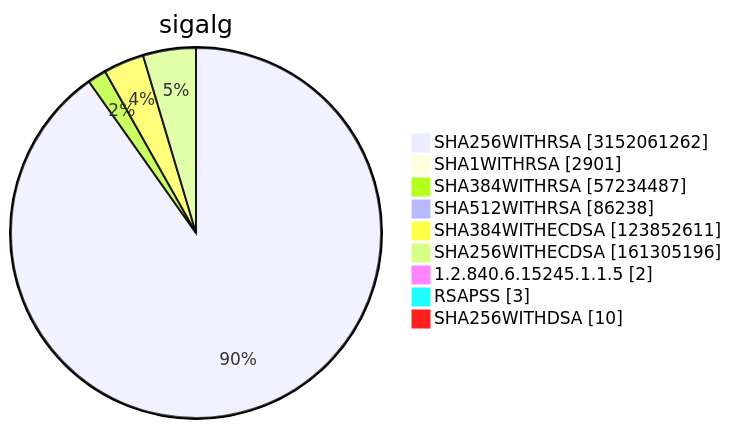
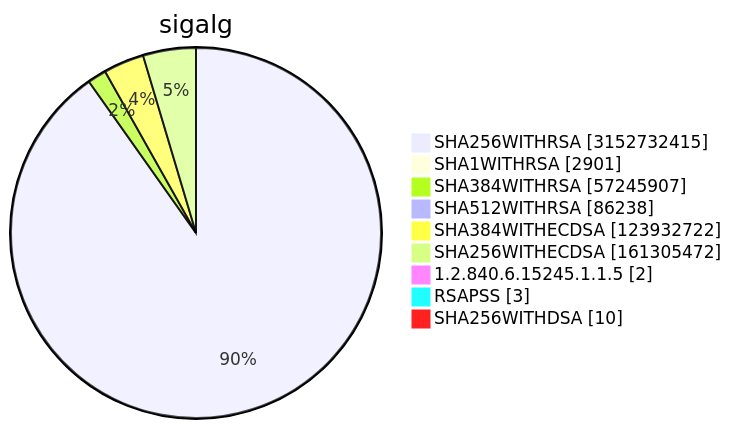
One commit to christiankrug/ctmonitor_visualization changed diagram 15 of 15 in TOTAL/README.md. Above: the diagram before and after it, drawn with Mermaid. The commit also changed other lines of this file, not shown here.

````diff
--- a/TOTAL/README.md
+++ b/TOTAL/README.md
@@ -6213,13 +6213,13 @@
 ```mermaid
 pie showData
 title sigalg
-"SHA256WITHRSA" :3152061262
+"SHA256WITHRSA" :3152732415
 "SHA1WITHRSA" :2901
-"SHA384WITHRSA" :57234487
+"SHA384WITHRSA" :57245907
 "SHA512WITHRSA" :86238
-"SHA384WITHECDSA" :123852611
-"SHA256WITHECDSA" :161305196
+"SHA384WITHECDSA" :123932722
+"SHA256WITHECDSA" :161305472
 "1.2.840.6.15245.1.1.5" :2
 "RSAPSS" :3
 "SHA256WITHDSA" :10
 ```
````
